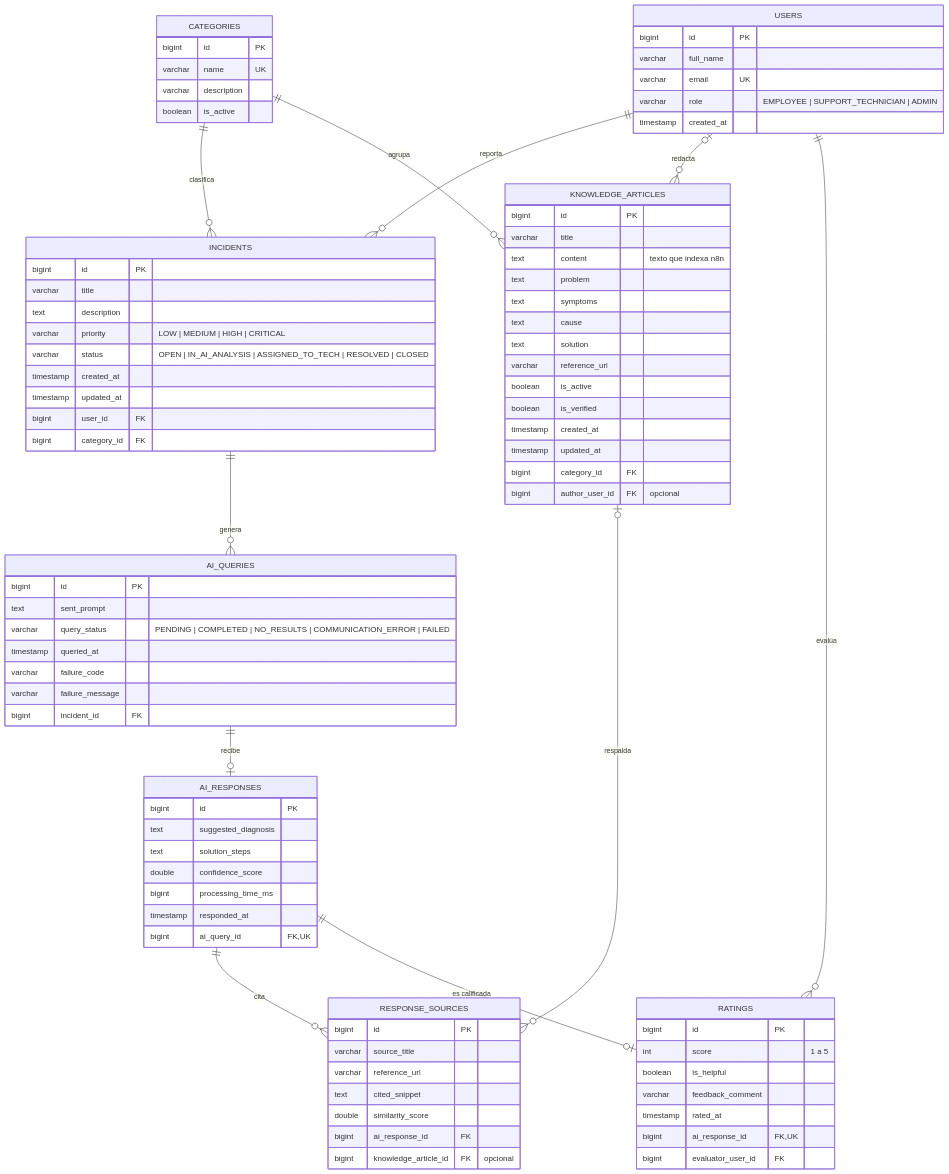
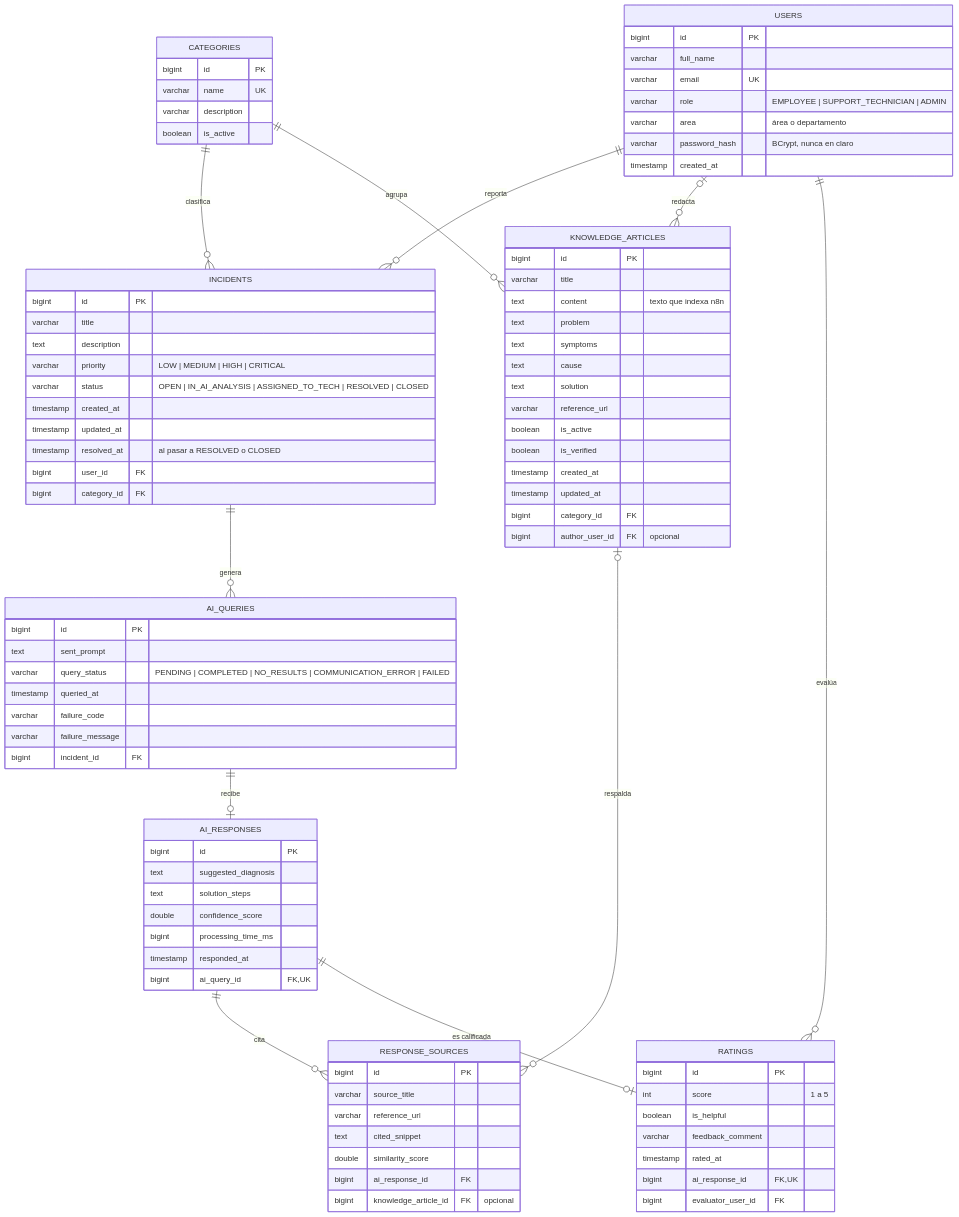
The first of 4 diagrams in docs/diagramas/README.md (velascodazasergio-png/Sistema-inteligente-IA2), drawn with Mermaid before and after one commit. The commit also changed other lines of this file and 15 other files, not shown here.

```diff
--- a/docs/diagramas/README.md
+++ b/docs/diagramas/README.md
@@ -22,6 +22,8 @@
         varchar full_name
         varchar email UK
         varchar role "EMPLOYEE | SUPPORT_TECHNICIAN | ADMIN"
+        varchar area "área o departamento"
+        varchar password_hash "BCrypt, nunca en claro"
         timestamp created_at
     }
     CATEGORIES {
@@ -38,6 +40,7 @@
         varchar status "OPEN | IN_AI_ANALYSIS | ASSIGNED_TO_TECH | RESOLVED | CLOSED"
         timestamp created_at
         timestamp updated_at
+        timestamp resolved_at "al pasar a RESOLVED o CLOSED"
         bigint user_id FK
         bigint category_id FK
     }
```
